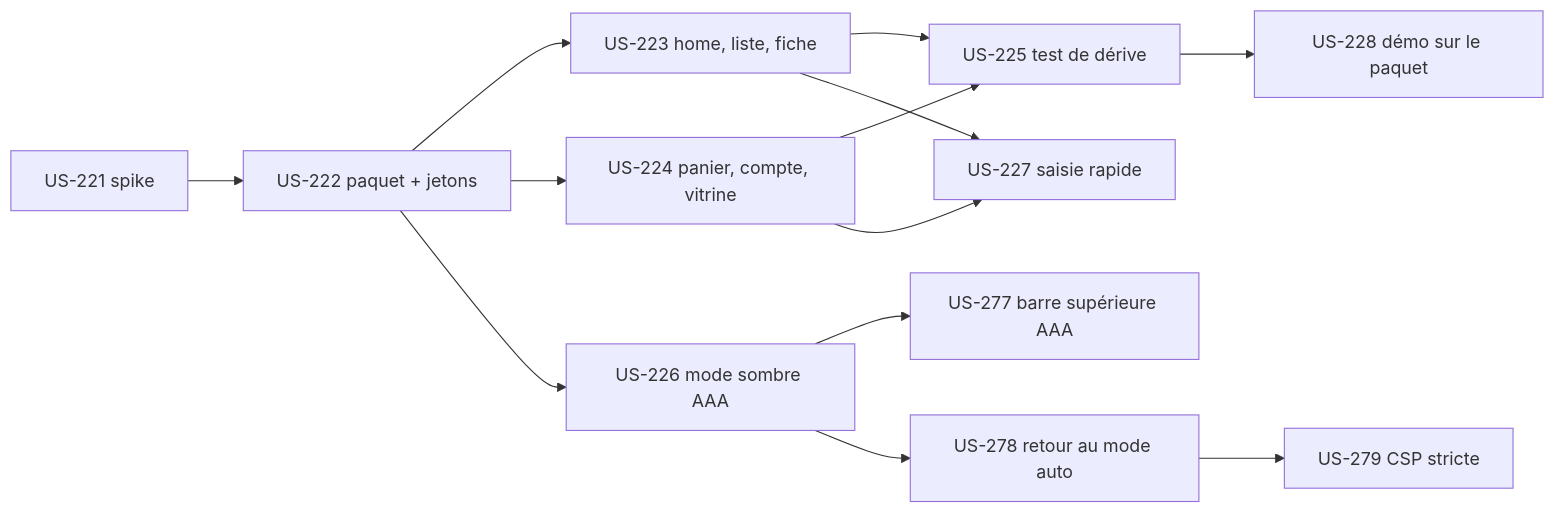
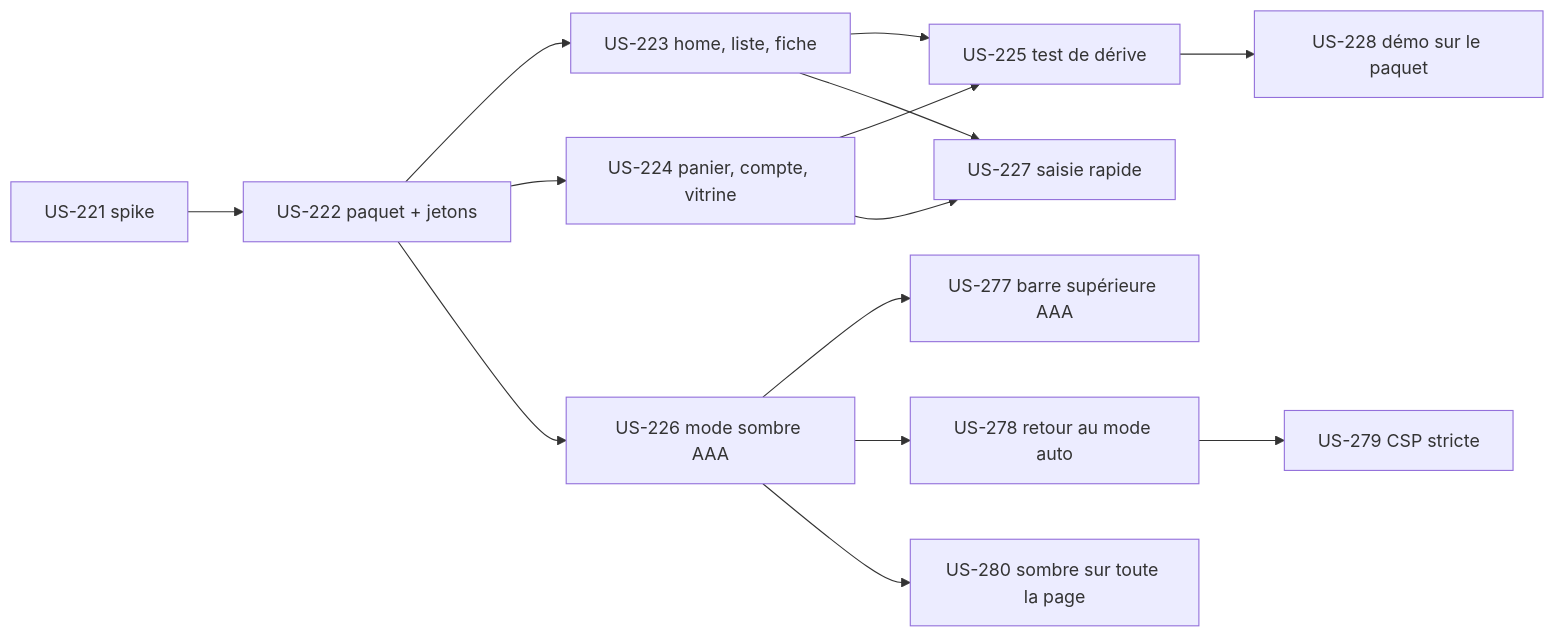
Before and after one commit to thibmonier/sylius-b2b-demo: the diagram in project-management/backlog/epics/EPIC-18.md, drawn with Mermaid. The commit also changed other lines of this file and 3 other files, not shown here.

First line of the commit message:
docs(sprint): US-280 ajoutée au sprint 53, mode sombre lisible sur toute la page (audit axe)

````diff
--- a/project-management/backlog/epics/EPIC-18.md
+++ b/project-management/backlog/epics/EPIC-18.md
@@ -47,15 +48,16 @@
 ```mermaid
 graph LR
     US221[US-221 spike] --> US222[US-222 paquet + jetons]
     US222 --> US223[US-223 home, liste, fiche]
     US222 --> US224[US-224 panier, compte, vitrine]
     US222 --> US226[US-226 mode sombre AAA]
     US226 --> US277[US-277 barre supérieure AAA]
     US226 --> US278[US-278 retour au mode auto]
     US278 --> US279[US-279 CSP stricte]
+    US226 --> US280[US-280 sombre sur toute la page]
     US223 --> US225[US-225 test de dérive]
     US224 --> US225
     US223 --> US227[US-227 saisie rapide]
     US224 --> US227
     US225 --> US228[US-228 démo sur le paquet]
 ```
````
